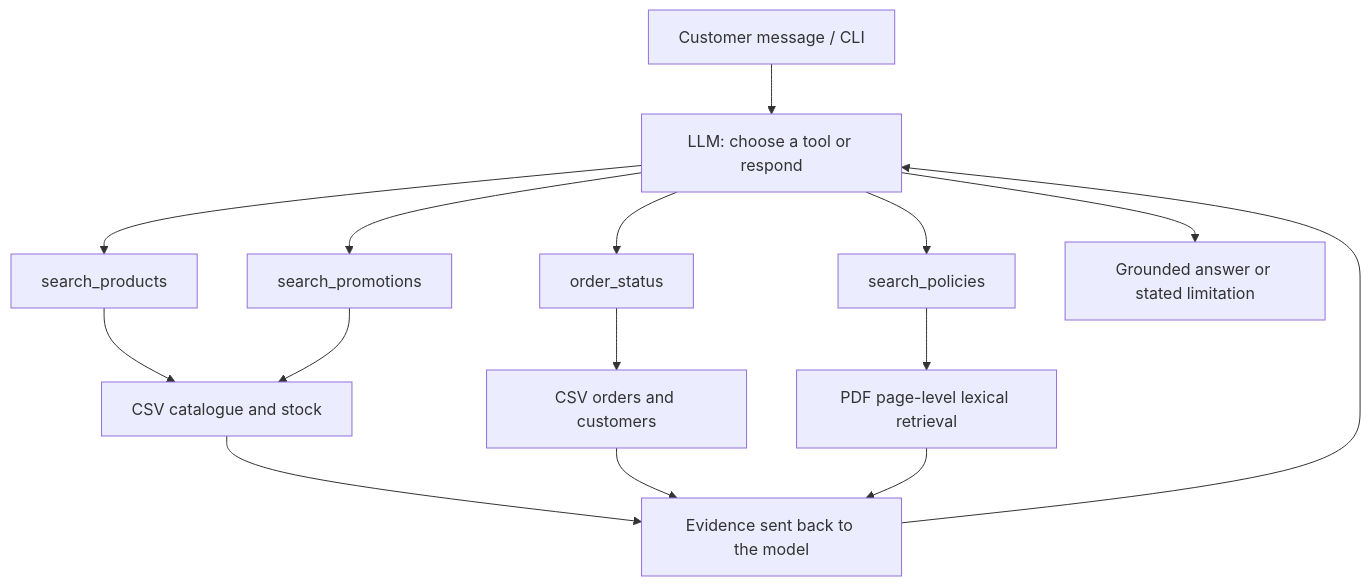
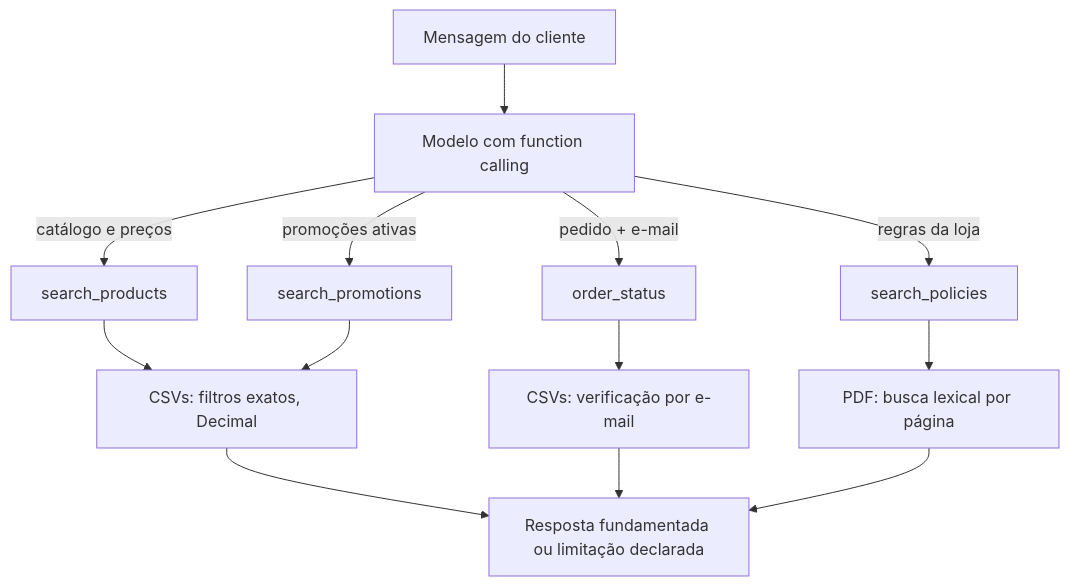
The diagram in README.md (Gabriel300p/music-emporium-ai-agent), drawn with Mermaid before and after one commit. The commit also changed other lines of this file and 26 other files, not shown here.

````diff
--- a/README.md
+++ b/README.md
@@ -53,17 +63,15 @@
 ```mermaid
 flowchart TD
-    U[Customer message / CLI] --> L[LLM: choose a tool or respond]
-    L --> P[search_products]
-    L --> R[search_promotions]
-    L --> O[order_status]
-    L --> K[search_policies]
-    P --> C[CSV catalogue and stock]
-    R --> C
-    O --> D[CSV orders and customers]
-    K --> F[PDF page-level lexical retrieval]
-    C --> A[Evidence sent back to the model]
-    D --> A
-    F --> A
-    A --> L
-    L --> S[Grounded answer or stated limitation]
+    A[Mensagem do cliente] --> B[Modelo com function calling]
+    B -->|catálogo e preços| C[search_products]
+    B -->|promoções ativas| D[search_promotions]
+    B -->|pedido + e-mail| E[order_status]
+    B -->|regras da loja| F[search_policies]
+    C --> G[CSVs: filtros exatos, Decimal]
+    D --> G
+    E --> H[CSVs: verificação por e-mail]
+    F --> I[PDF: busca lexical por página]
+    G --> J[Resposta fundamentada ou limitação declarada]
+    H --> J
+    I --> J
 ```
````
